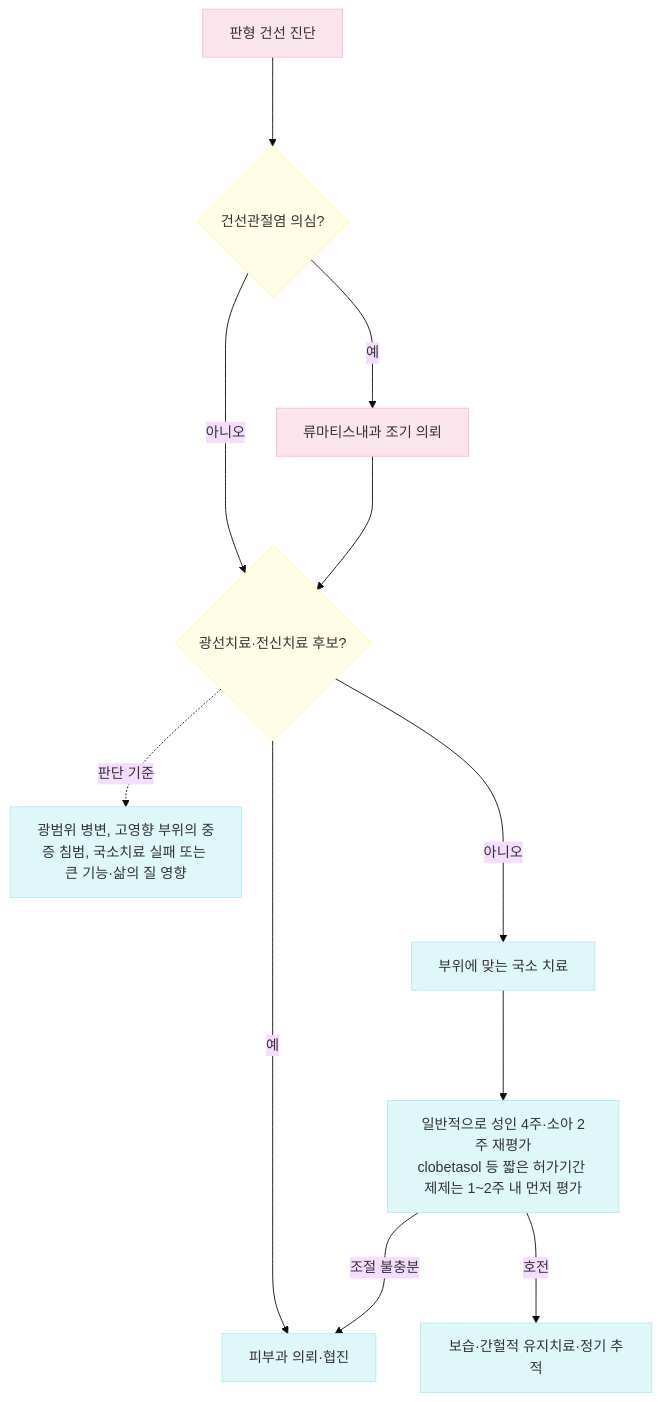
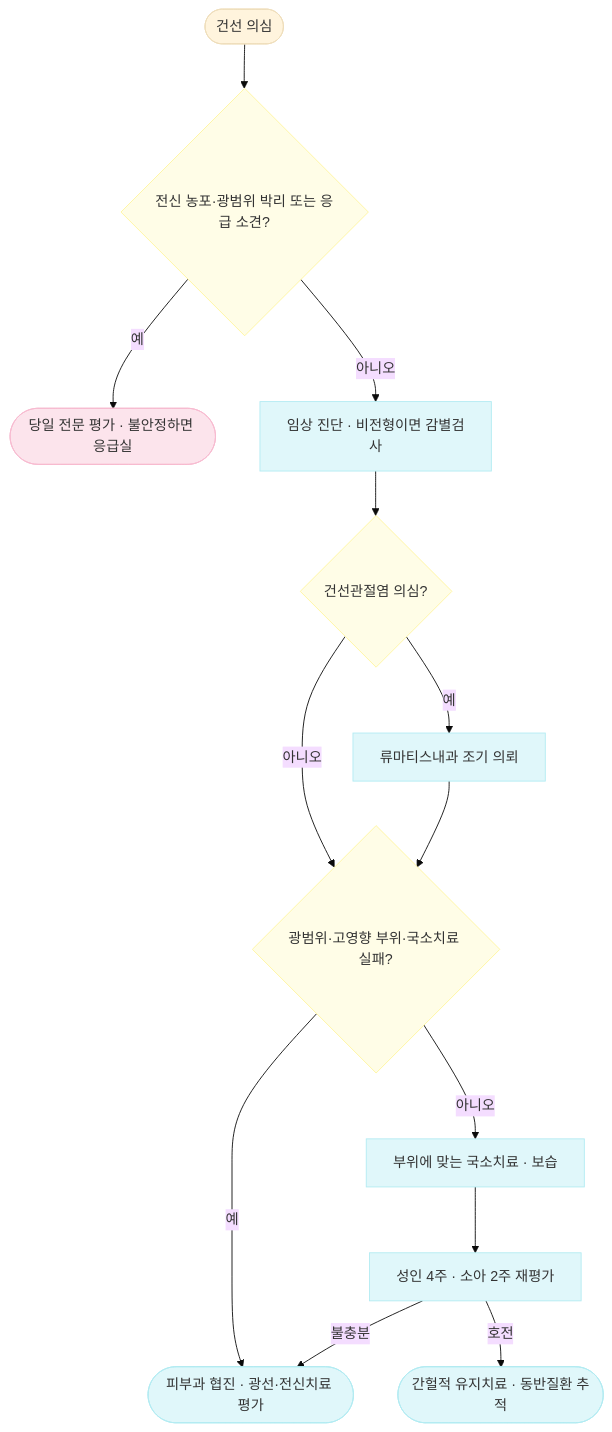
The diagram in 229_/163_-psoriasis.md (familyoh77/familyoh77), drawn with Mermaid (base theme) before and after one commit. The commit also changed other lines of this file and 20 other files, not shown here.

````diff
--- a/229_/163_-psoriasis.md
+++ b/229_/163_-psoriasis.md
@@ -155,19 +158,21 @@
 ```mermaid
-graph TD
-    Start["판형 건선 진단"] ---> Q1{"건선관절염 의심?"}
-    Q1 --->|예| PsA["류마티스내과 조기 의뢰"]
-    Q1 --->|아니오| Q2{"광선치료·전신치료 후보?"}
-    PsA ---> Q2
-    Q2 --->|아니오| Local["부위에 맞는 국소 치료"]
-    Q2 --->|예| Derm["피부과 의뢰·협진"]
-    Q2 -. 판단 기준 .-> Criteria["광범위 병변, 고영향 부위의 중증 침범, 국소치료 실패 또는 큰 기능·삶의 질 영향"]
-    Local ---> Reassess["일반적으로 성인 4주·소아 2주 재평가<br/>clobetasol 등 짧은 허가기간 제제는 1~2주 내 먼저 평가"]
-    Reassess --->|조절 불충분| Derm
-    Reassess --->|호전| Maintain["보습·간헐적 유지치료·정기 추적"]
-    classDef pinkNode fill:#fce4ec,stroke:#f8bbd0,stroke-width:1px
-    classDef yellowNode fill:#fffde7,stroke:#fff59d,stroke-width:1px
-    classDef blueNode fill:#e0f7fa,stroke:#b2ebf2,stroke-width:1px
-    class Start,PsA pinkNode
-    class Q1,Q2 yellowNode
-    class Local,Derm,Criteria,Reassess,Maintain blueNode
+flowchart TD
+    Start(["건선 의심"]) --> Danger{"전신 농포·광범위 박리 또는 응급 소견?"}
+    Danger -->|예| Urgent(["당일 전문 평가 · 불안정하면 응급실"])
+    Danger -->|아니오| Diagnosis["임상 진단 · 비전형이면 감별검사"]
+    Diagnosis --> Joint{"건선관절염 의심?"}
+    Joint -->|예| Rheum["류마티스내과 조기 의뢰"]
+    Joint -->|아니오| Extent{"광범위·고영향 부위·국소치료 실패?"}
+    Rheum --> Extent
+    Extent -->|예| Derm(["피부과 협진 · 광선·전신치료 평가"])
+    Extent -->|아니오| Local["부위에 맞는 국소치료 · 보습"]
+    Local --> Review["성인 4주 · 소아 2주 재평가"]
+    Review -->|불충분| Derm
+    Review -->|호전| Maintain(["간헐적 유지치료 · 동반질환 추적"])
+    classDef decision fill:#fffde7,stroke:#fff59d
+    classDef action fill:#e0f7fa,stroke:#b2ebf2
+    classDef urgent fill:#fce4ec,stroke:#f8bbd0
+    class Danger,Joint,Extent decision
+    class Diagnosis,Rheum,Local,Review,Derm,Maintain action
+    class Urgent urgent
 ```
````
